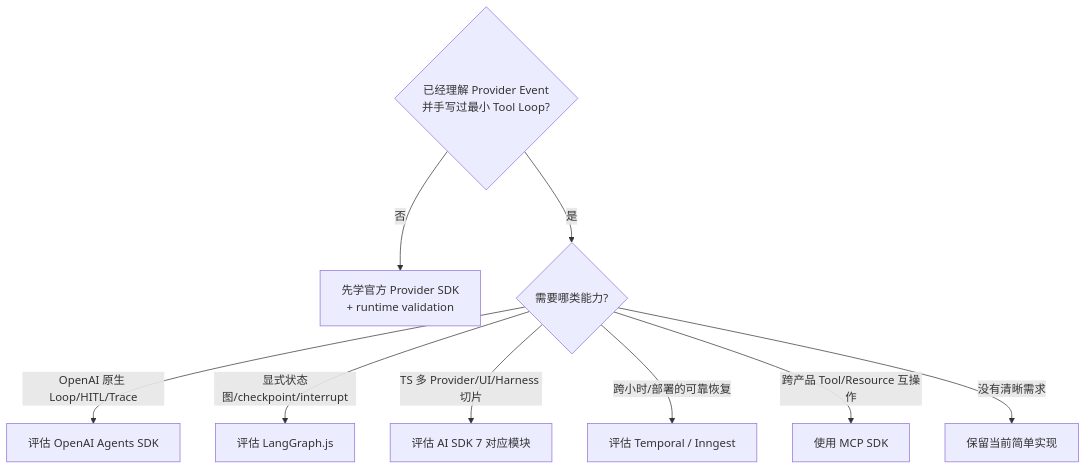
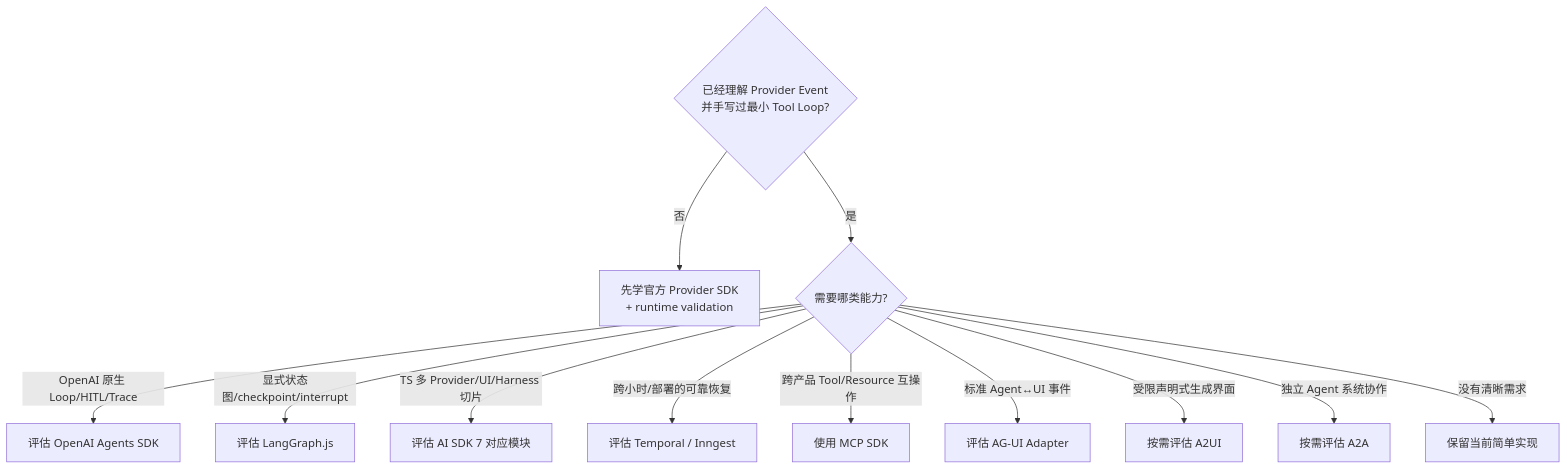
Before and after one commit to whatthehan/masterpiece-static-docs: the diagram in site/05-模型接口与Agent内核/08-框架与SDK学习优先级.md, drawn with Mermaid. The commit also changed other lines of this file and 123 other files, not shown here.

````diff
--- a/site/05-模型接口与Agent内核/08-框架与SDK学习优先级.md
+++ b/site/05-模型接口与Agent内核/08-框架与SDK学习优先级.md
@@ -153,11 +166,14 @@
 ```mermaid
 flowchart TD
     A{"已经理解 Provider Event<br/>并手写过最小 Tool Loop?"} -->|否| B["先学官方 Provider SDK<br/>+ runtime validation"]
     A -->|是| C{"需要哪类能力?"}
     C -->|OpenAI 原生 Loop/HITL/Trace| D["评估 OpenAI Agents SDK"]
     C -->|显式状态图/checkpoint/interrupt| E["评估 LangGraph.js"]
     C -->|TS 多 Provider/UI/Harness 切片| F["评估 AI SDK 7 对应模块"]
     C -->|跨小时/部署的可靠恢复| G["评估 Temporal / Inngest"]
     C -->|跨产品 Tool/Resource 互操作| H["使用 MCP SDK"]
+    C -->|标准 Agent↔UI 事件| J["评估 AG-UI Adapter"]
+    C -->|受限声明式生成界面| K["按需评估 A2UI"]
+    C -->|独立 Agent 系统协作| L["按需评估 A2A"]
     C -->|没有清晰需求| I["保留当前简单实现"]
 ```
````
